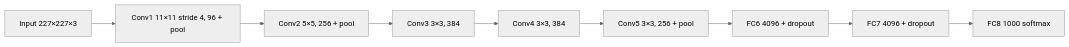
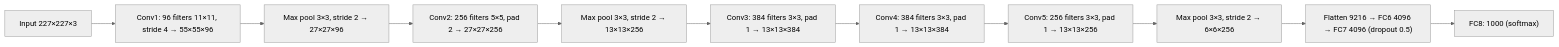
One commit to TrendySloth1001/sem-seven-notes changed the third of 6 diagrams in content/deep-learning/notes/cnn-architectures.mdx. Above: the diagram before and after it, drawn with Mermaid (neutral theme). The commit also changed other lines of this file and 186 other files, not shown here.

````diff
--- a/content/deep-learning/notes/cnn-architectures.mdx
+++ b/content/deep-learning/notes/cnn-architectures.mdx
@@ -199,12 +235,14 @@
 ```mermaid
-%% caption: AlexNet. Five convolution layers find features, with max pooling after the 1st, 2nd and 5th. Three fully connected layers, two with dropout, make the decision.
+%% caption: AlexNet with the shape after every layer. ReLU follows every convolution; dropout 0.5 sits on the two big fully connected layers.
 flowchart LR
-  A["Input 227×227×3"] --> B["Conv1 11×11 stride 4, 96 + pool"]
-  B --> C["Conv2 5×5, 256 + pool"]
-  C --> D["Conv3 3×3, 384"]
-  D --> E["Conv4 3×3, 384"]
-  E --> F["Conv5 3×3, 256 + pool"]
-  F --> G["FC6 4096 + dropout"]
-  G --> H["FC7 4096 + dropout"]
-  H --> I["FC8 1000 softmax"]
+  A["Input 227×227×3"] --> B["Conv1: 96 filters 11×11, stride 4 → 55×55×96"]
+  B --> C["Max pool 3×3, stride 2 → 27×27×96"]
+  C --> D["Conv2: 256 filters 5×5, pad 2 → 27×27×256"]
+  D --> E["Max pool 3×3, stride 2 → 13×13×256"]
+  E --> F["Conv3: 384 filters 3×3, pad 1 → 13×13×384"]
+  F --> G["Conv4: 384 filters 3×3, pad 1 → 13×13×384"]
+  G --> H["Conv5: 256 filters 3×3, pad 1 → 13×13×256"]
+  H --> I["Max pool 3×3, stride 2 → 6×6×256"]
+  I --> J["Flatten 9216 → FC6 4096 → FC7 4096 (dropout 0.5)"]
+  J --> K["FC8: 1000 (softmax)"]
 ```
````
